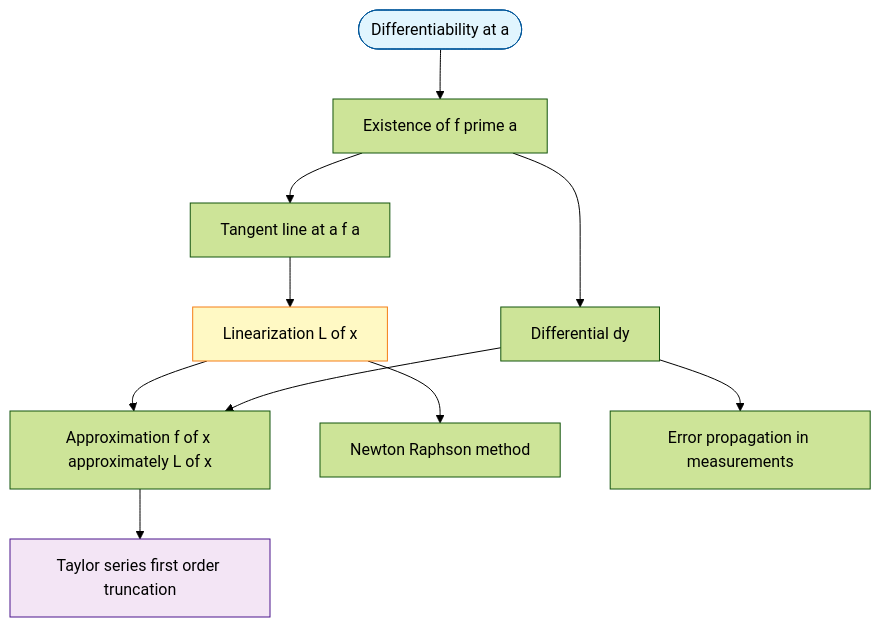
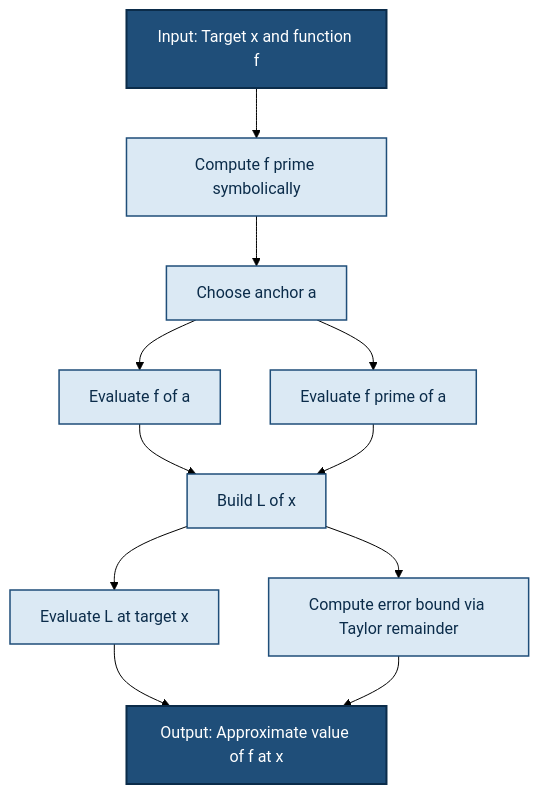
The third of 3 diagrams in public/notes/computer-science-and-engineering/semester-1/gamat101-mathematics-for-information-science-1/01-module-1-limits-of-function-values/linearization/notes.md (vishnuu-kr/ktunode), drawn with Mermaid (forest theme) before and after one commit. The commit also changed other lines of this file and 4829 other files, not shown here.

````diff
--- a/public/notes/computer-science-and-engineering/semester-1/gamat101-mathematics-for-information-science-1/01-module-1-limits-of-function-values/linearization/notes.md
+++ b/public/notes/computer-science-and-engineering/semester-1/gamat101-mathematics-for-information-science-1/01-module-1-limits-of-function-values/linearization/notes.md
@@ -424,15 +409,19 @@
 ```mermaid
 flowchart TD
-    R0([Differentiability at a]) --> R1[Existence of f prime a]
-    R1 --> R2[Tangent line at a f a]
-    R2 --> R3[Linearization L of x]
-    R1 --> R4[Differential dy]
-    R3 --> R5[Approximation f of x approximately L of x]
-    R4 --> R5
-    R3 --> R6[Newton Raphson method]
-    R4 --> R7[Error propagation in measurements]
-    R5 --> R8[Taylor series first order truncation]
-    style R0 fill:#e1f5fe,stroke:#01579b,color:#000
-    style R3 fill:#fff9c4,stroke:#f57f17,color:#000
-    style R8 fill:#f3e5f5,stroke:#4a148c,color:#000
+    input["Input: Target x and function f"] --> diff[Compute f prime symbolically]
+    diff --> anchor[Choose anchor a]
+    anchor --> evalF[Evaluate f of a]
+    anchor --> evalFp[Evaluate f prime of a]
+    evalF --> build[Build L of x]
+    evalFp --> build
+    build --> apply[Evaluate L at target x]
+    apply --> output[Output: Approximate value of f at x]
+    build --> err[Compute error bound via Taylor remainder]
+    err --> output
+
+    classDef ioBox fill:#1f4e79,stroke:#0b2c4a,stroke-width:2px,color:#ffffff
+    classDef procBox fill:#dbe9f4,stroke:#1f4e79,stroke-width:1.5px,color:#0b2c4a
+
+    class input,output ioBox
+    class diff,anchor,evalF,evalFp,build,apply,err procBox
 ```
````
